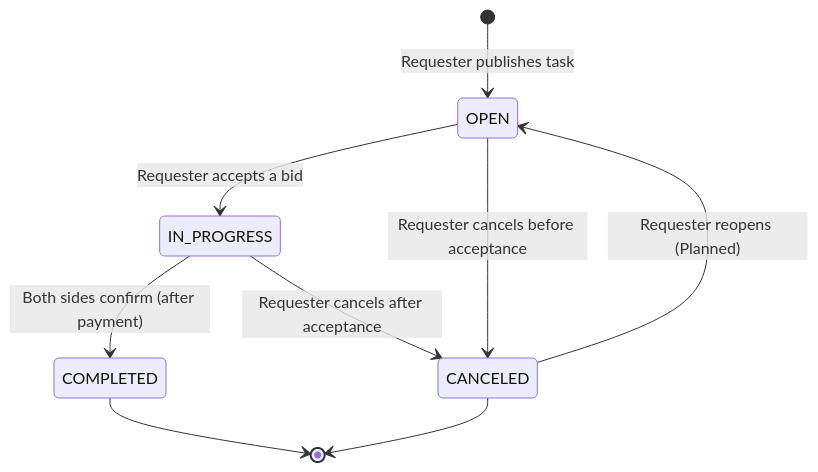
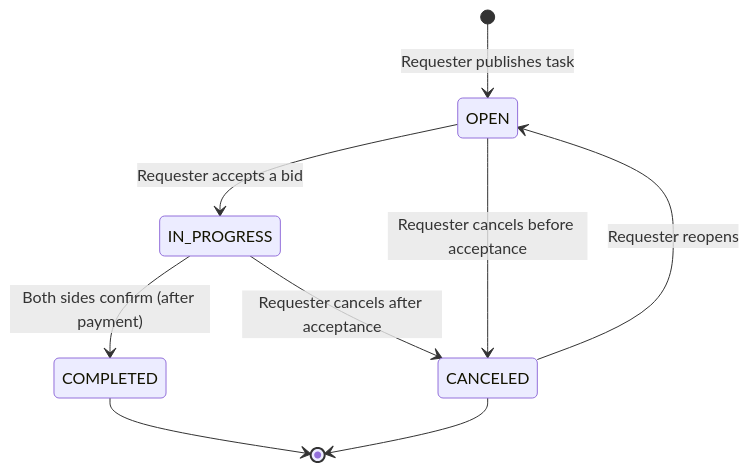
The second of 5 diagrams in docs/05_User_Flows.md (GuyStein1/CSFinalProject), drawn with Mermaid before and after one commit. The commit also changed other lines of this file and 13 other files, not shown here.

````diff
--- a/docs/05_User_Flows.md
+++ b/docs/05_User_Flows.md
@@ -85,11 +93,11 @@
 ```mermaid
 stateDiagram-v2
     [*] --> OPEN : Requester publishes task
     OPEN --> IN_PROGRESS : Requester accepts a bid
     OPEN --> CANCELED : Requester cancels before acceptance
     IN_PROGRESS --> COMPLETED : Both sides confirm (after payment)
     IN_PROGRESS --> CANCELED : Requester cancels after acceptance
-    CANCELED --> OPEN : Requester reopens (Planned)
+    CANCELED --> OPEN : Requester reopens
     COMPLETED --> [*]
     CANCELED --> [*]
 ```
````
